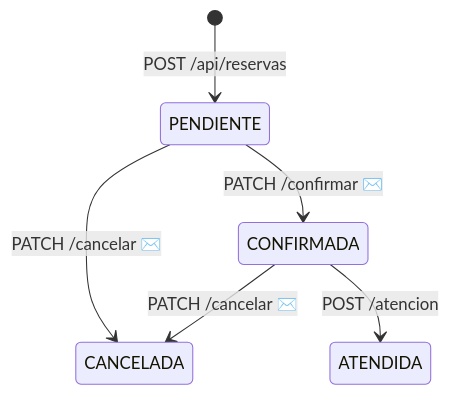
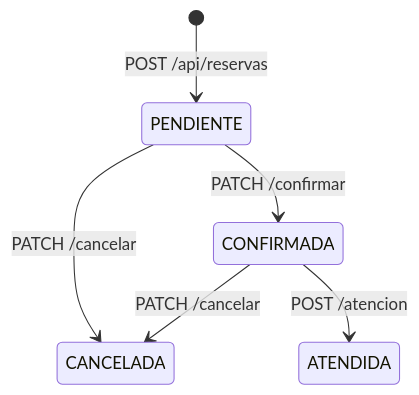
The third of 3 diagrams in README.md (mmatus0/caso2-weboo), drawn with Mermaid before and after one commit. The commit also changed other lines of this file, not shown here.

````diff
--- a/README.md
+++ b/README.md
@@ -57,8 +57,8 @@
 ```mermaid
 stateDiagram-v2
   [*] --> PENDIENTE : POST /api/reservas
-  PENDIENTE --> CONFIRMADA : PATCH /confirmar ✉️
-  PENDIENTE --> CANCELADA : PATCH /cancelar ✉️
-  CONFIRMADA --> CANCELADA : PATCH /cancelar ✉️
+  PENDIENTE --> CONFIRMADA : PATCH /confirmar 
+  PENDIENTE --> CANCELADA : PATCH /cancelar 
+  CONFIRMADA --> CANCELADA : PATCH /cancelar 
   CONFIRMADA --> ATENDIDA : POST /atencion
 ```
````
